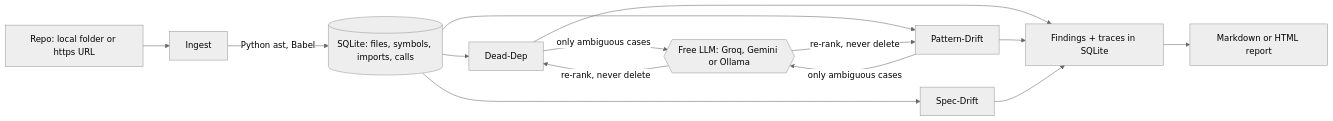
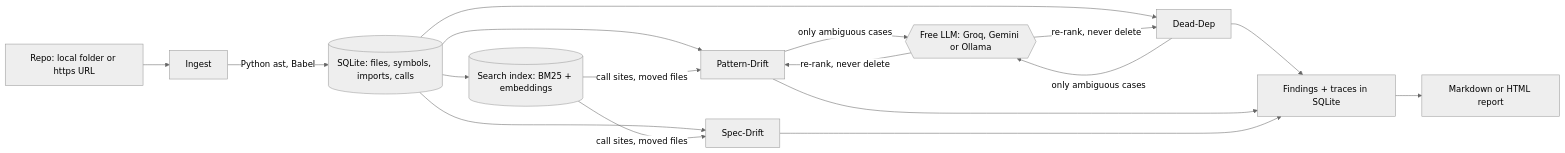
Before and after one commit to harishni-5/driftguard: the diagram in docs/how-it-works.md, drawn with Mermaid (neutral theme). The commit also changed other lines of this file and 31 other files, not shown here.

````diff
--- a/docs/how-it-works.md
+++ b/docs/how-it-works.md
@@ -5,12 +5,14 @@
 ```mermaid
 flowchart LR
     A[Repo: local folder or https URL] --> B[Ingest]
     B -->|Python ast, Babel| C[(SQLite: files, symbols, imports, calls)]
+    C --> R[(Search index: BM25 + embeddings)]
     C --> D[Dead-Dep]
     C --> E[Pattern-Drift]
     C --> F[Spec-Drift]
+    R -->|call sites, moved files| E & F
     D & E -->|only ambiguous cases| G{{Free LLM: Groq, Gemini or Ollama}}
     G -->|re-rank, never delete| D & E
     D & E & F --> H[Findings + traces in SQLite]
     H --> I[Markdown or HTML report]
 ```
````
